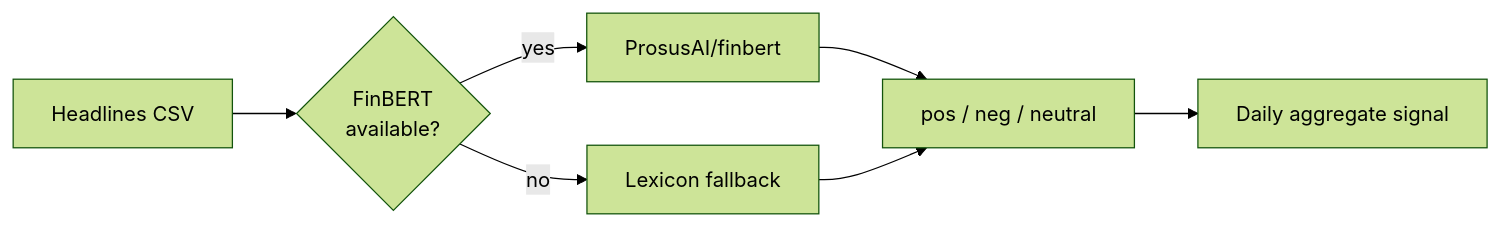
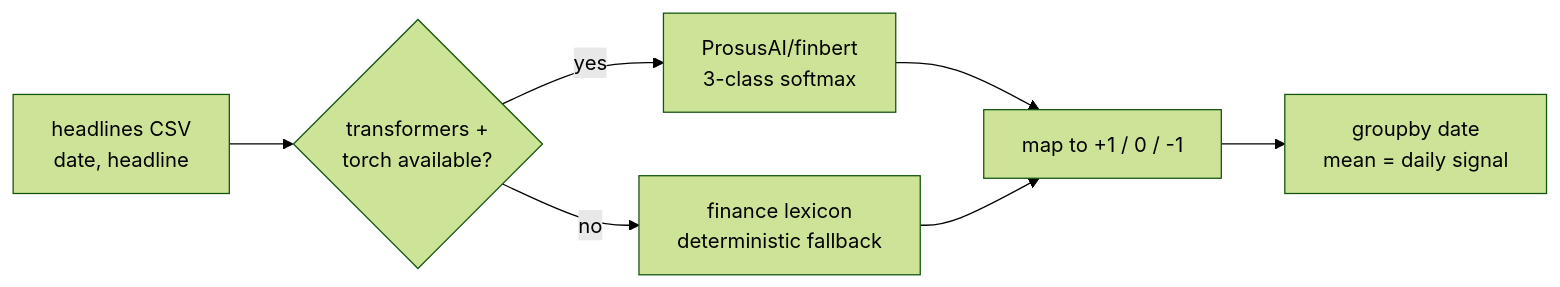
Before and after one commit to adrian-erlikhman/finbert-sentiment-analyzer: the diagram in README.md, drawn with Mermaid (forest theme). The commit also changed other lines of this file, not shown here.

Commit message:
Rewrite README: rigorous technical spec (model math, architecture, metrics, reproducible results, limitations); drop marketing tone

````diff
--- a/README.md
+++ b/README.md
@@ -7,9 +7,9 @@
 ```mermaid
 flowchart LR
-    A[Headlines CSV] --> B{FinBERT<br/>available?}
-    B -->|yes| C[ProsusAI/finbert]
-    B -->|no| D[Lexicon fallback]
-    C --> E[pos / neg / neutral]
-    D --> E
-    E --> F[Daily aggregate signal]
+    H[headlines CSV<br/>date, headline] --> C{transformers +<br/>torch available?}
+    C -->|yes| F[ProsusAI/finbert<br/>3-class softmax]
+    C -->|no| L[finance lexicon<br/>deterministic fallback]
+    F --> M[map to +1 / 0 / -1]
+    L --> M
+    M --> A[groupby date<br/>mean = daily signal]
 ```
````
